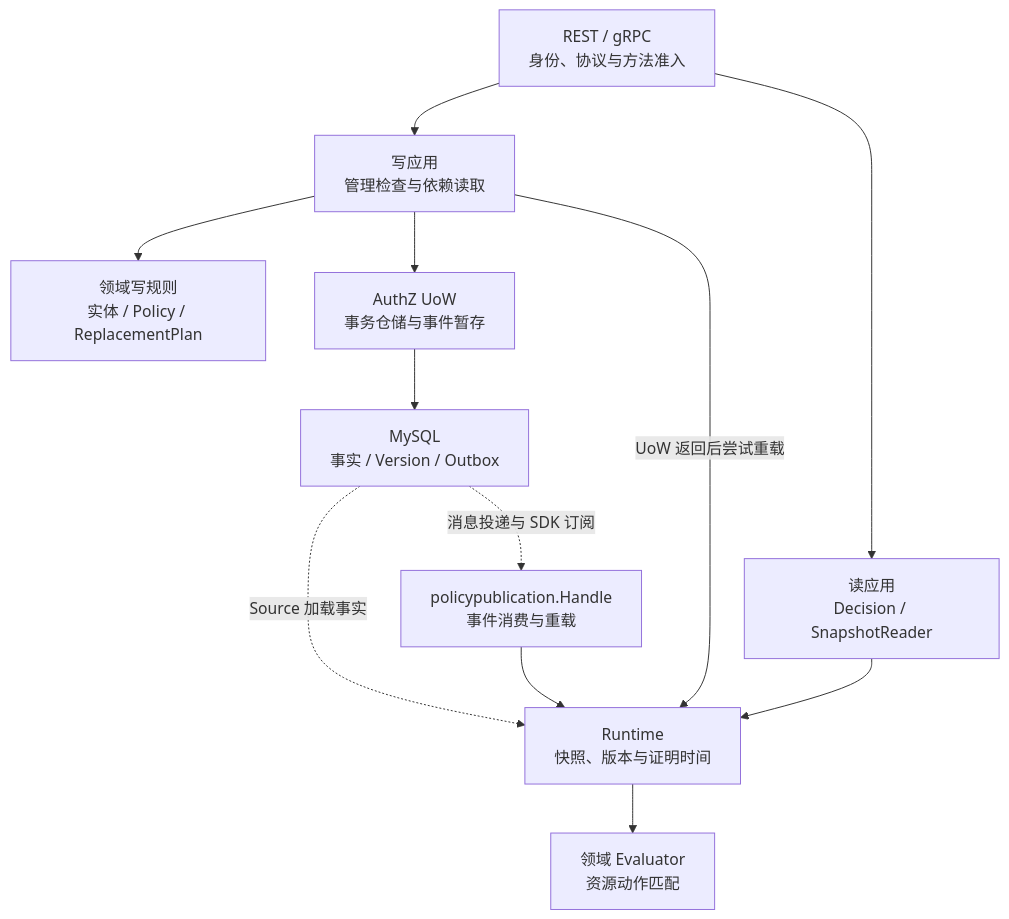
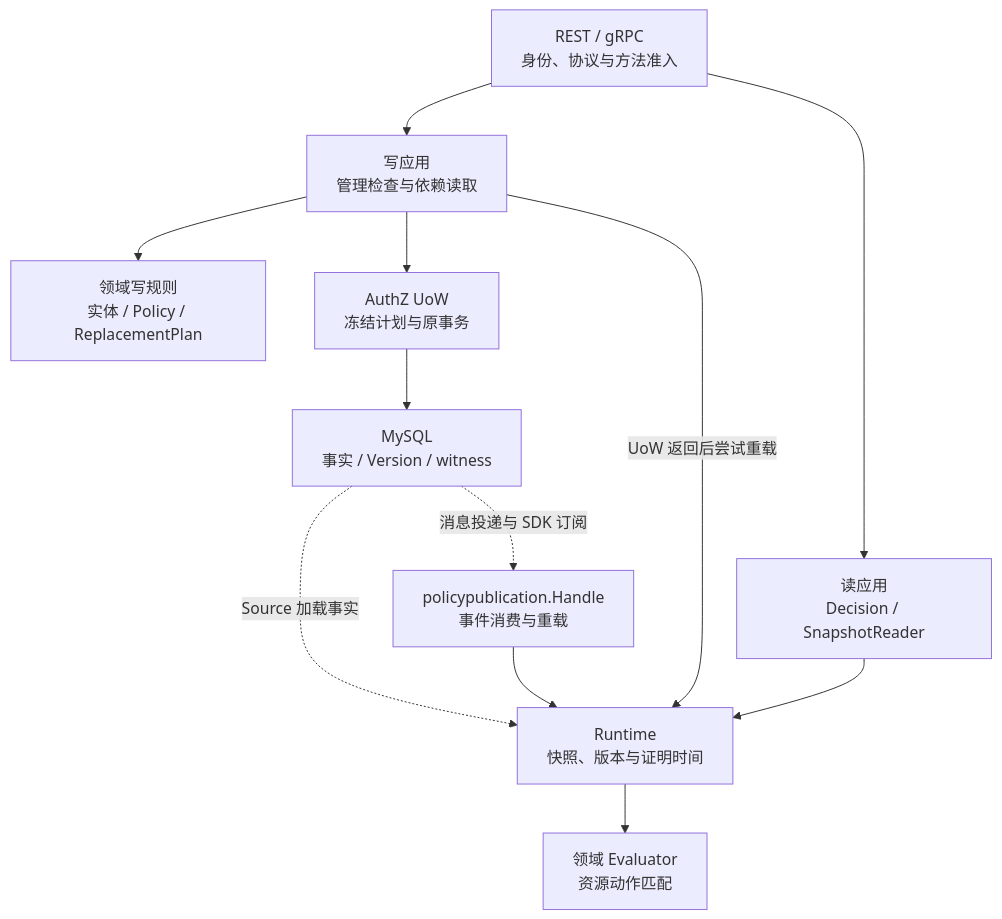
The diagram in docs/02-业务模块/03-AuthZ/08-分层架构与代码索引.md (FangcunMount/iam), drawn with Mermaid before and after one commit. The commit also changed other lines of this file and 2 other files, not shown here.

Commit message:
docs(messaging): bind current policy wiring and retain historical analysis

````diff
--- a/docs/02-业务模块/03-AuthZ/08-分层架构与代码索引.md
+++ b/docs/02-业务模块/03-AuthZ/08-分层架构与代码索引.md
@@ -11,14 +11,14 @@
 ```mermaid
 flowchart TB
     T["REST / gRPC<br/>身份、协议与方法准入"] --> W["写应用<br/>管理检查与依赖读取"]
     T --> Q["读应用<br/>Decision / SnapshotReader"]
     W --> D["领域写规则<br/>实体 / Policy / ReplacementPlan"]
-    W --> U["AuthZ UoW<br/>事务仓储与事件暂存"]
-    U --> DB["MySQL<br/>事实 / Version / Outbox"]
+    W --> U["AuthZ UoW<br/>冻结计划与原事务"]
+    U --> DB["MySQL<br/>事实 / Version / witness"]
     W -->|"UoW 返回后尝试重载"| R["Runtime<br/>快照、版本与证明时间"]
     Q --> R
     DB -.->|"Source 加载事实"| R
     DB -.->|"消息投递与 SDK 订阅"| P["policypublication.Handle<br/>事件消费与重载"]
     P --> R
     R --> E["领域 Evaluator<br/>资源动作匹配"]
 ```
````
